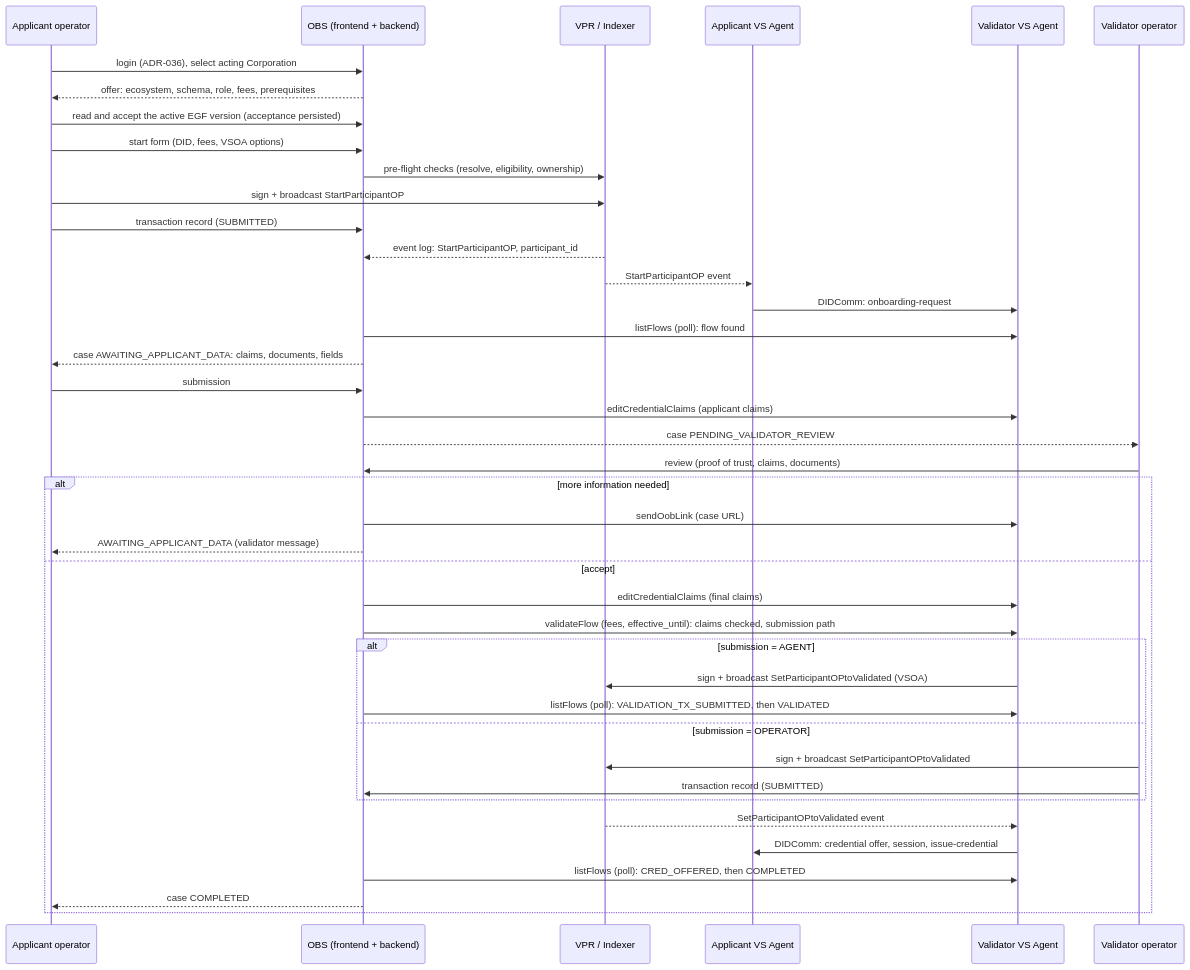
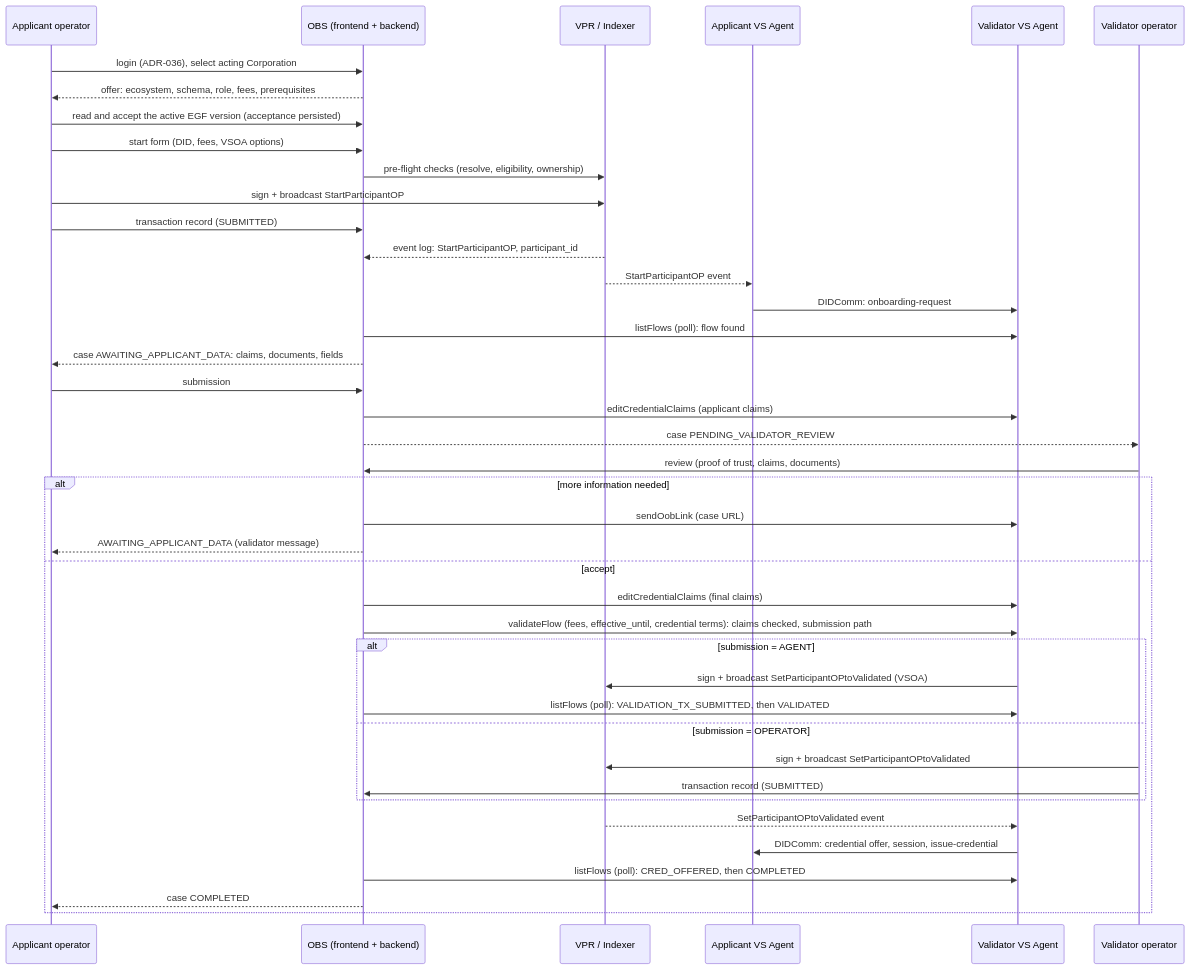
The second of 2 diagrams in v4/onboarding-service/spec.md (verana-labs/verana-spec), drawn with Mermaid before and after one commit. The commit also changed other lines of this file, not shown here.

First line of the commit message:
feat(obs): credential formats and linked VP policy (OBS_CREDENTIAL_FORMATS, OBS_LINKED_VP_POLICY)

````diff
--- a/v4/onboarding-service/spec.md
+++ b/v4/onboarding-service/spec.md
@@ -93,44 +93,44 @@
 ```mermaid
 sequenceDiagram
     participant AU as Applicant operator
     participant P as OBS (frontend + backend)
     participant VPR as VPR / Indexer
     participant AA as Applicant VS Agent
     participant VA as Validator VS Agent
     participant VU as Validator operator
 
     AU->>P: login (ADR-036), select acting Corporation
     P-->>AU: offer: ecosystem, schema, role, fees, prerequisites
     AU->>P: read and accept the active EGF version (acceptance persisted)
     AU->>P: start form (DID, fees, VSOA options)
     P->>VPR: pre-flight checks (resolve, eligibility, ownership)
     AU->>VPR: sign + broadcast StartParticipantOP
     AU->>P: transaction record (SUBMITTED)
     VPR-->>P: event log: StartParticipantOP, participant_id
     VPR-->>AA: StartParticipantOP event
     AA->>VA: DIDComm: onboarding-request
     P->>VA: listFlows (poll): flow found
     P-->>AU: case AWAITING_APPLICANT_DATA: claims, documents, fields
     AU->>P: submission
     P->>VA: editCredentialClaims (applicant claims)
     P-->>VU: case PENDING_VALIDATOR_REVIEW
     VU->>P: review (proof of trust, claims, documents)
     alt more information needed
         P->>VA: sendOobLink (case URL)
         P-->>AU: AWAITING_APPLICANT_DATA (validator message)
     else accept
         P->>VA: editCredentialClaims (final claims)
-        P->>VA: validateFlow (fees, effective_until): claims checked, submission path
+        P->>VA: validateFlow (fees, effective_until, credential terms): claims checked, submission path
         alt submission = AGENT
             VA->>VPR: sign + broadcast SetParticipantOPtoValidated (VSOA)
             P->>VA: listFlows (poll): VALIDATION_TX_SUBMITTED, then VALIDATED
         else submission = OPERATOR
             VU->>VPR: sign + broadcast SetParticipantOPtoValidated
             VU->>P: transaction record (SUBMITTED)
         end
         VPR-->>VA: SetParticipantOPtoValidated event
         VA->>AA: DIDComm: credential offer, session, issue-credential
         P->>VA: listFlows (poll): CRED_OFFERED, then COMPLETED
         P-->>AU: case COMPLETED
     end
 ```
````
